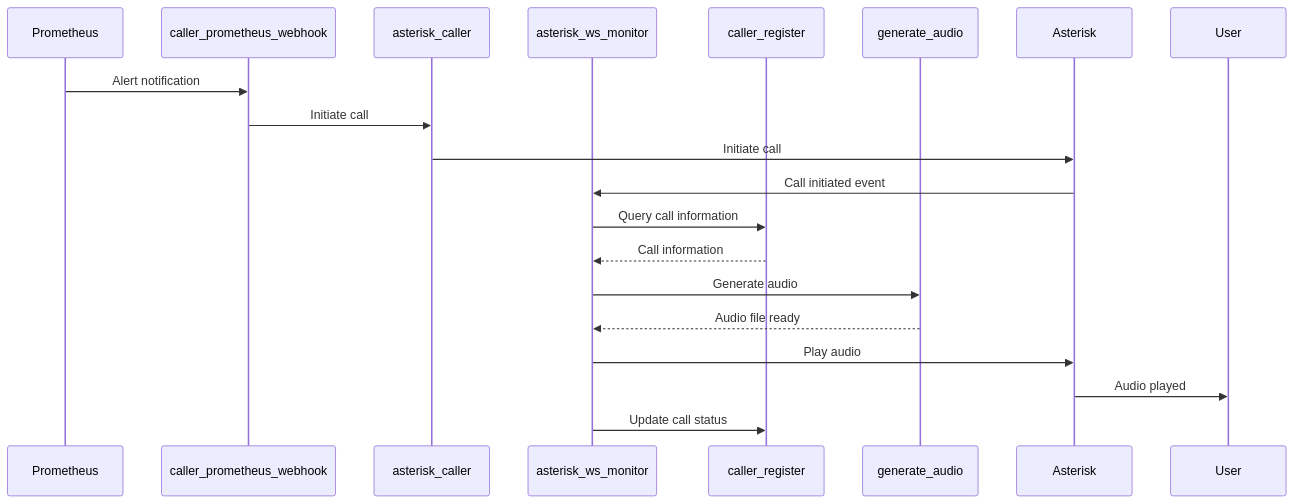
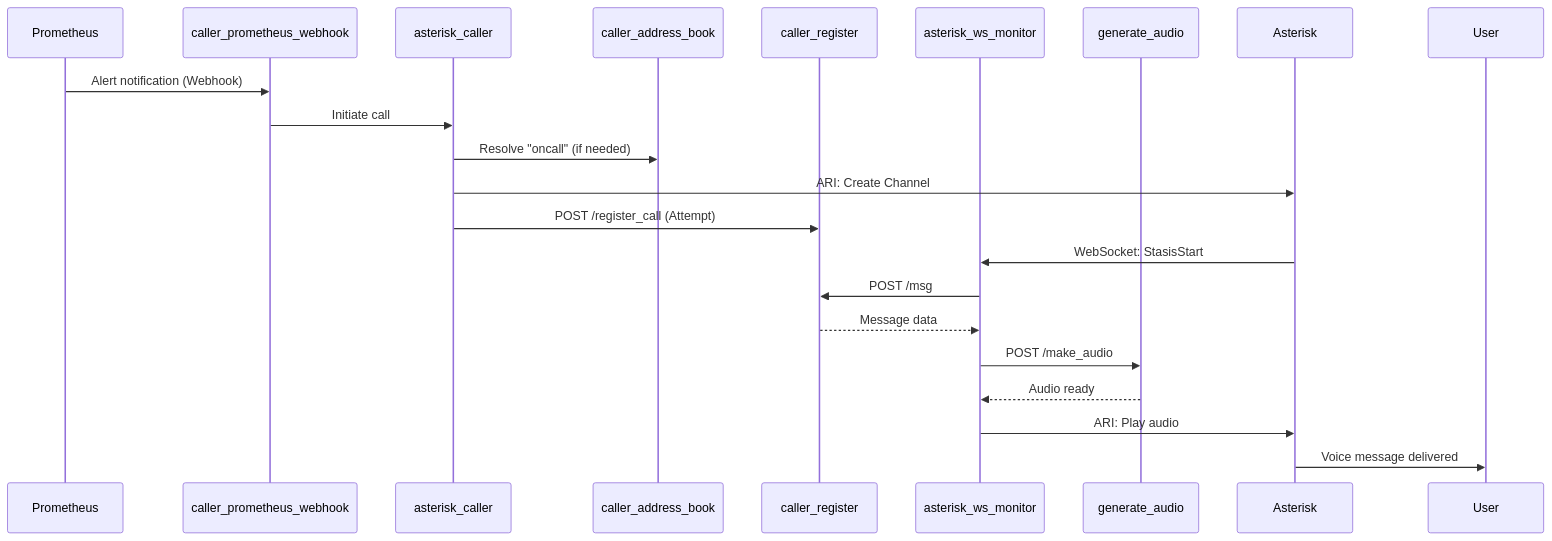
One commit to jcfdeb/py-phone-caller changed diagram 14 of 21 in docs/py-phone-caller_2025.05.md. Above: the diagram before and after it, drawn with Mermaid. The commit also changed other lines of this file and 217 other files, not shown here.

````diff
--- a/docs/py-phone-caller_2025.05.md
+++ b/docs/py-phone-caller_2025.05.md
@@ -561,23 +649,26 @@
 ```mermaid
 sequenceDiagram
     participant Prometheus
     participant PW as caller_prometheus_webhook
     participant AC as asterisk_caller
+    participant CAB as caller_address_book
+    participant CR as caller_register
     participant WSM as asterisk_ws_monitor
-    participant CR as caller_register
     participant GA as generate_audio
     participant Asterisk
     participant User
 
-    Prometheus->>PW: Alert notification
+    Prometheus->>PW: Alert notification (Webhook)
     PW->>AC: Initiate call
-    AC->>Asterisk: Initiate call
-    Asterisk->>WSM: Call initiated event
-    WSM->>CR: Query call information
-    CR-->>WSM: Call information
-    WSM->>GA: Generate audio
-    GA-->>WSM: Audio file ready
-    WSM->>Asterisk: Play audio
-    Asterisk->>User: Audio played
-    WSM->>CR: Update call status
+    AC->>CAB: Resolve "oncall" (if needed)
+    AC->>Asterisk: ARI: Create Channel
+    AC->>CR: POST /register_call (Attempt)
+    
+    Asterisk->>WSM: WebSocket: StasisStart
+    WSM->>CR: POST /msg
+    CR-->>WSM: Message data
+    WSM->>GA: POST /make_audio
+    GA-->>WSM: Audio ready
+    WSM->>Asterisk: ARI: Play audio
+    Asterisk->>User: Voice message delivered
 ```
````
